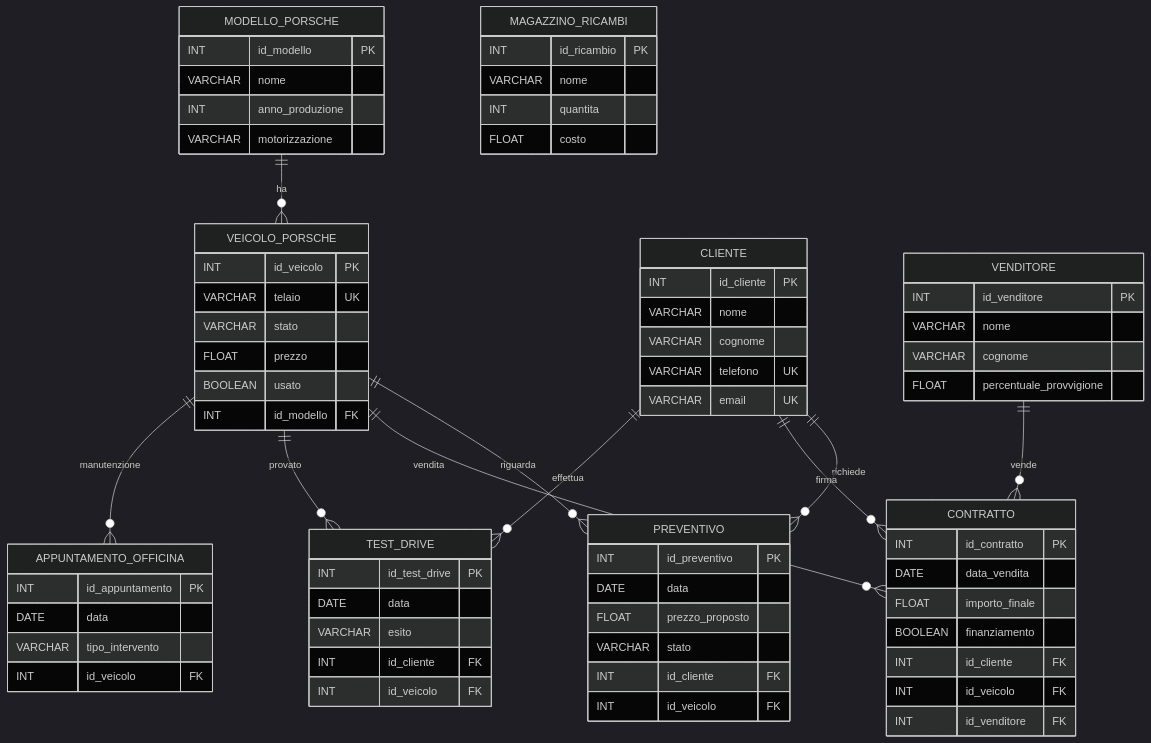
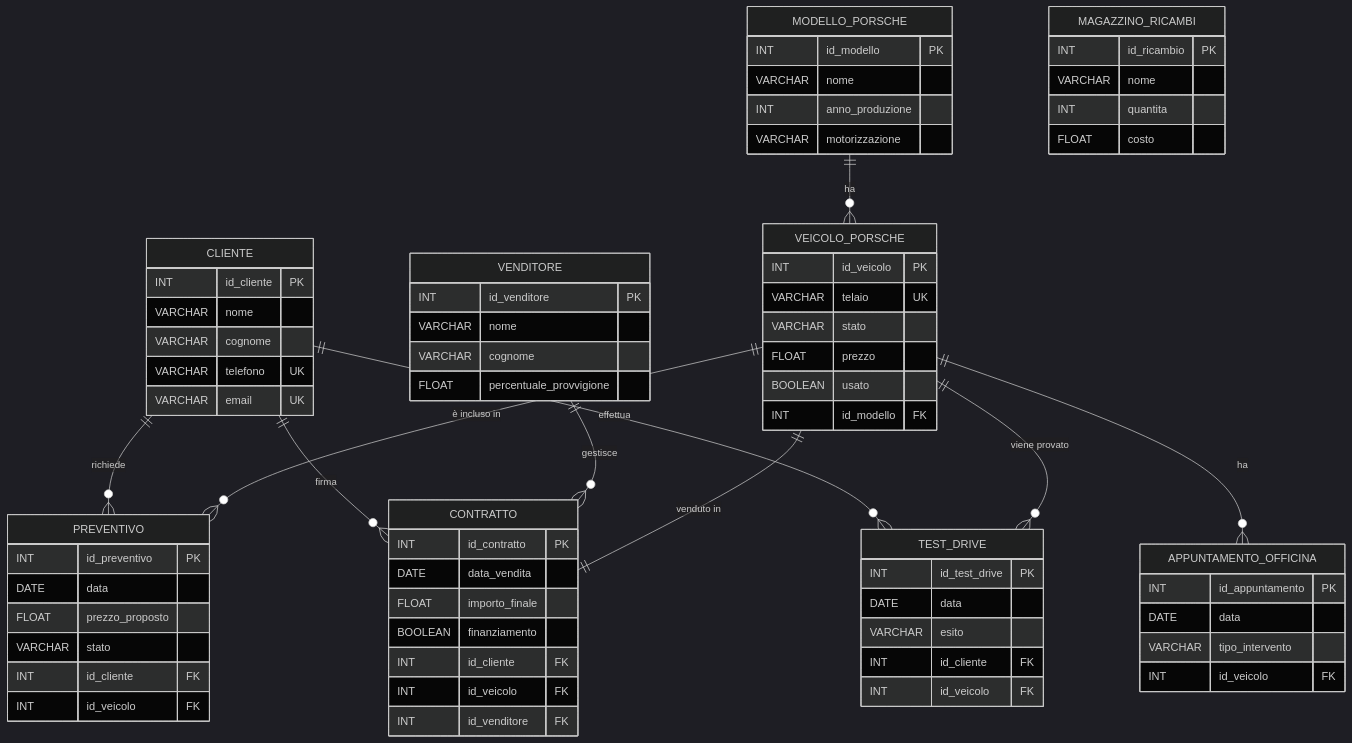
One commit to THi3rr0125/Progetto-Database-Concessionaria-Porsche changed the diagram in README.md. Above: the diagram before and after it, drawn with Mermaid (dark theme).

Commit message:
Update relationships in ER diagram in README.md

````diff
--- a/README.md
+++ b/README.md
@@ -137,18 +137,19 @@
         FLOAT costo
     }
 
+    
 
     MODELLO_PORSCHE ||--o{ VEICOLO_PORSCHE : "ha"
 
-    VEICOLO_PORSCHE ||--o{ PREVENTIVO : "riguarda"
     CLIENTE ||--o{ PREVENTIVO : "richiede"
+    VEICOLO_PORSCHE ||--o{ PREVENTIVO : "è incluso in"
 
     CLIENTE ||--o{ CONTRATTO : "firma"
-    VENDITORE ||--o{ CONTRATTO : "vende"
-    VEICOLO_PORSCHE ||--o{ CONTRATTO : "vendita"
+    VENDITORE ||--o{ CONTRATTO : "gestisce"
+    VEICOLO_PORSCHE ||--|| CONTRATTO : "venduto in"
 
     CLIENTE ||--o{ TEST_DRIVE : "effettua"
-    VEICOLO_PORSCHE ||--o{ TEST_DRIVE : "provato"
+    VEICOLO_PORSCHE ||--o{ TEST_DRIVE : "viene provato"
 
-    VEICOLO_PORSCHE ||--o{ APPUNTAMENTO_OFFICINA : "manutenzione"
+    VEICOLO_PORSCHE ||--o{ APPUNTAMENTO_OFFICINA : "ha"
 ```
````
